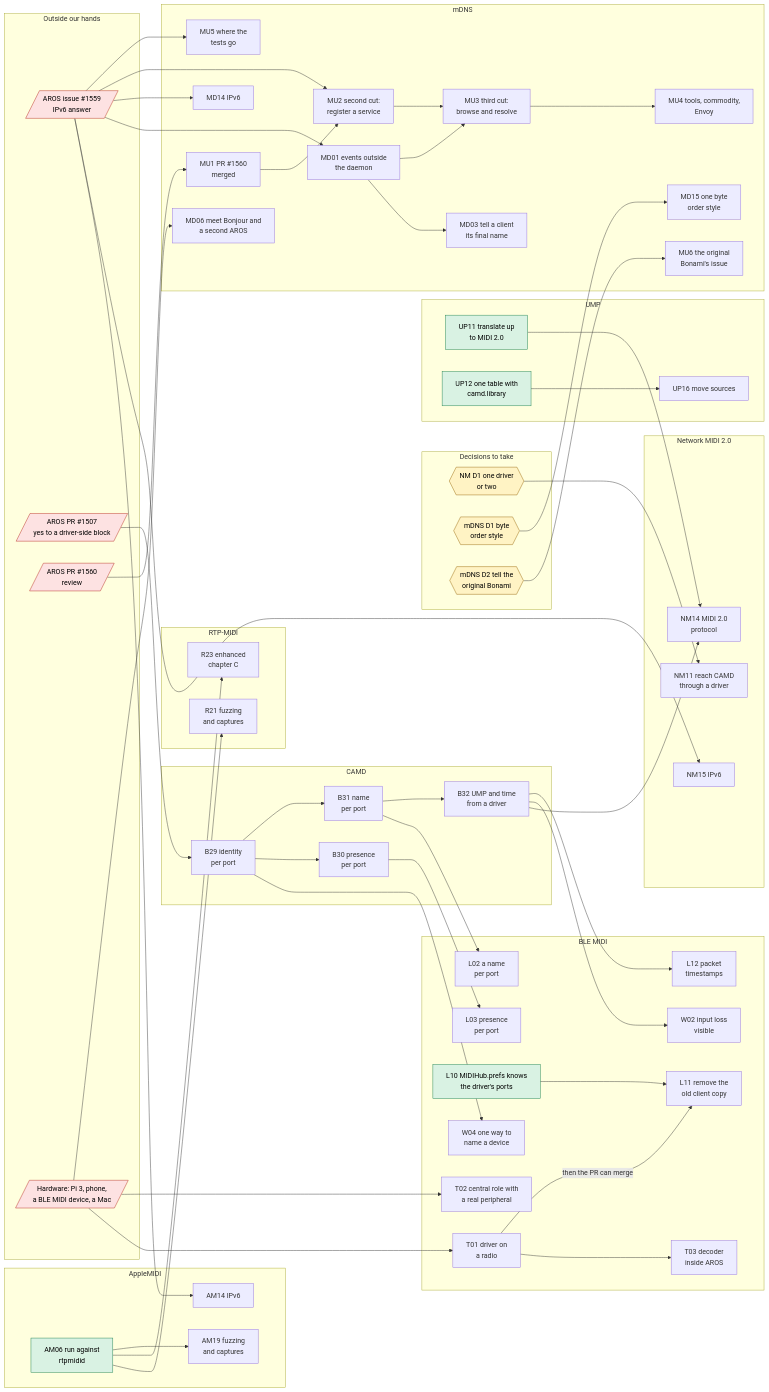
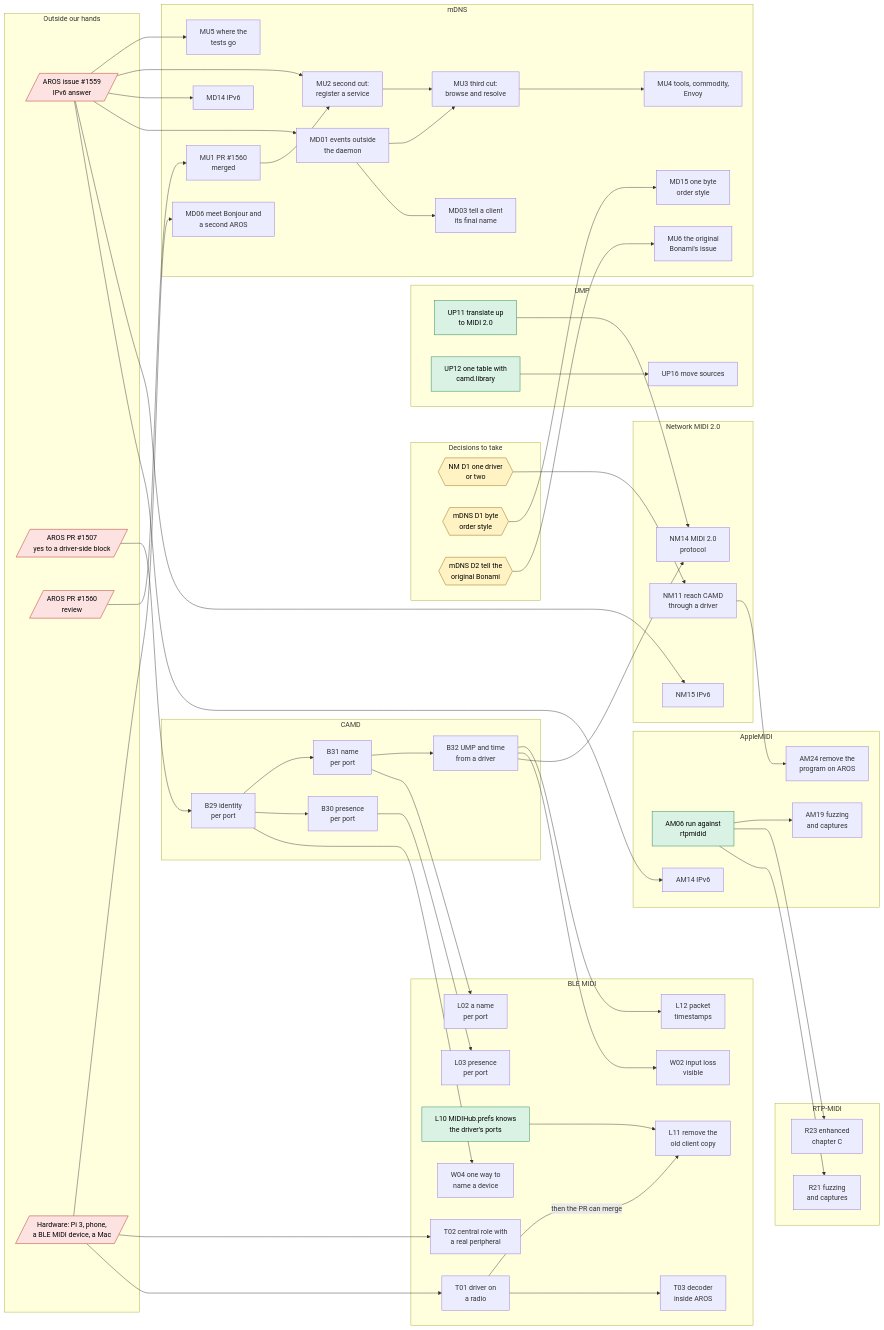
Before and after one commit to JJDSNT/aros-midihub: the diagram in docs/backlog-dependencies.md, drawn with Mermaid. The commit also changed other lines of this file and 9 other files, not shown here.

```diff
--- a/docs/backlog-dependencies.md
+++ b/docs/backlog-dependencies.md
@@ -42,6 +42,7 @@
     subgraph AM[AppleMIDI]
         AM06["AM06 run against<br/>rtpmidid"]:::ready
         AM14["AM14 IPv6"]
+        AM24["AM24 remove the<br/>program on AROS"]
         AM19["AM19 fuzzing<br/>and captures"]
     end
 
@@ -101,6 +102,7 @@
     UP12 --> UP16
 
     ND1 --> NM11
+    NM11 --> AM24
     UP11 --> NM14
     B32 --> NM14
 
```
